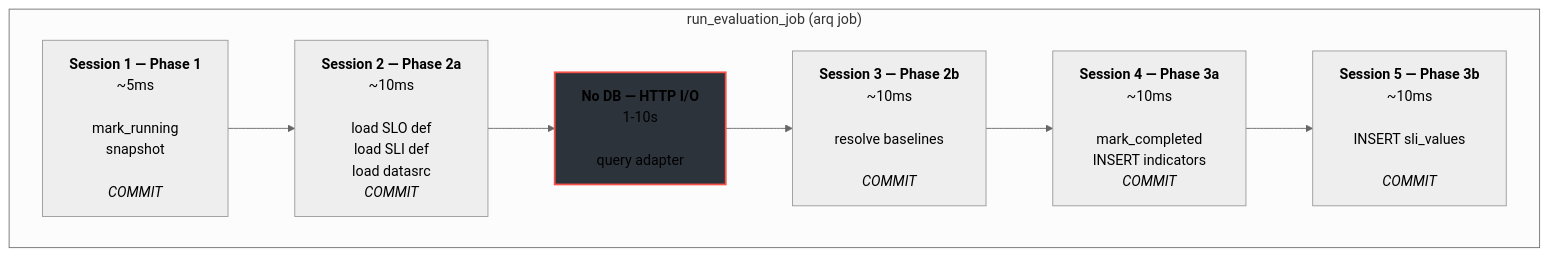
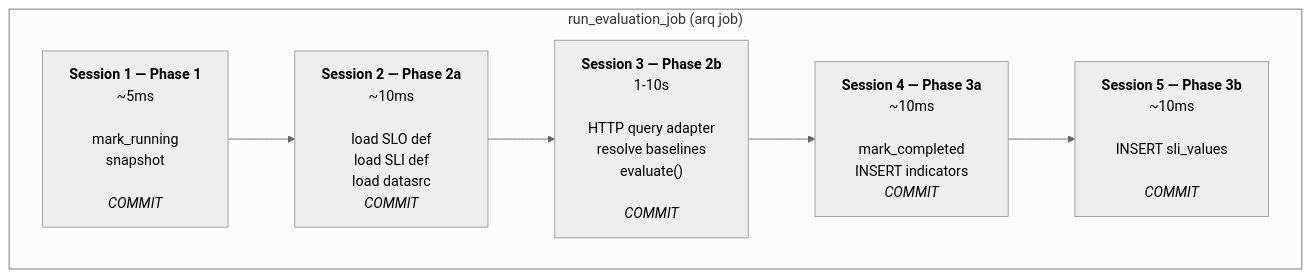
One commit to domik82/tropek changed the sixth of 7 diagrams in docs/architecture/evaluation-lifecycle.md. Above: the diagram before and after it, drawn with Mermaid (neutral theme). The commit also changed other lines of this file and 4 other files, not shown here.

````diff
--- a/docs/architecture/evaluation-lifecycle.md
+++ b/docs/architecture/evaluation-lifecycle.md
@@ -255,16 +315,13 @@
 ```mermaid
 graph LR
     subgraph "run_evaluation_job (arq job)"
         direction LR
         P1["<b>Session 1 — Phase 1</b><br/>~5ms<br/><br/>mark_running<br/>snapshot<br/><br/><i>COMMIT</i>"]
         P2a["<b>Session 2 — Phase 2a</b><br/>~10ms<br/><br/>load SLO def<br/>load SLI def<br/>load datasrc<br/><i>COMMIT</i>"]
-        HTTP["<b>No DB — HTTP I/O</b><br/>1-10s<br/><br/>query adapter"]
-        P2b["<b>Session 3 — Phase 2b</b><br/>~10ms<br/><br/>resolve baselines<br/><br/><i>COMMIT</i>"]
+        P2b["<b>Session 3 — Phase 2b</b><br/>1-10s<br/><br/>HTTP query adapter<br/>resolve baselines<br/>evaluate()<br/><br/><i>COMMIT</i>"]
         P3a["<b>Session 4 — Phase 3a</b><br/>~10ms<br/><br/>mark_completed<br/>INSERT indicators<br/><i>COMMIT</i>"]
         P3b["<b>Session 5 — Phase 3b</b><br/>~10ms<br/><br/>INSERT sli_values<br/><br/><i>COMMIT</i>"]
 
-        P1 --> P2a --> HTTP --> P2b --> P3a --> P3b
+        P1 --> P2a --> P2b --> P3a --> P3b
     end
-
-    style HTTP fill:#2d333b,stroke:#f85149,stroke-width:2px
 ```
````
